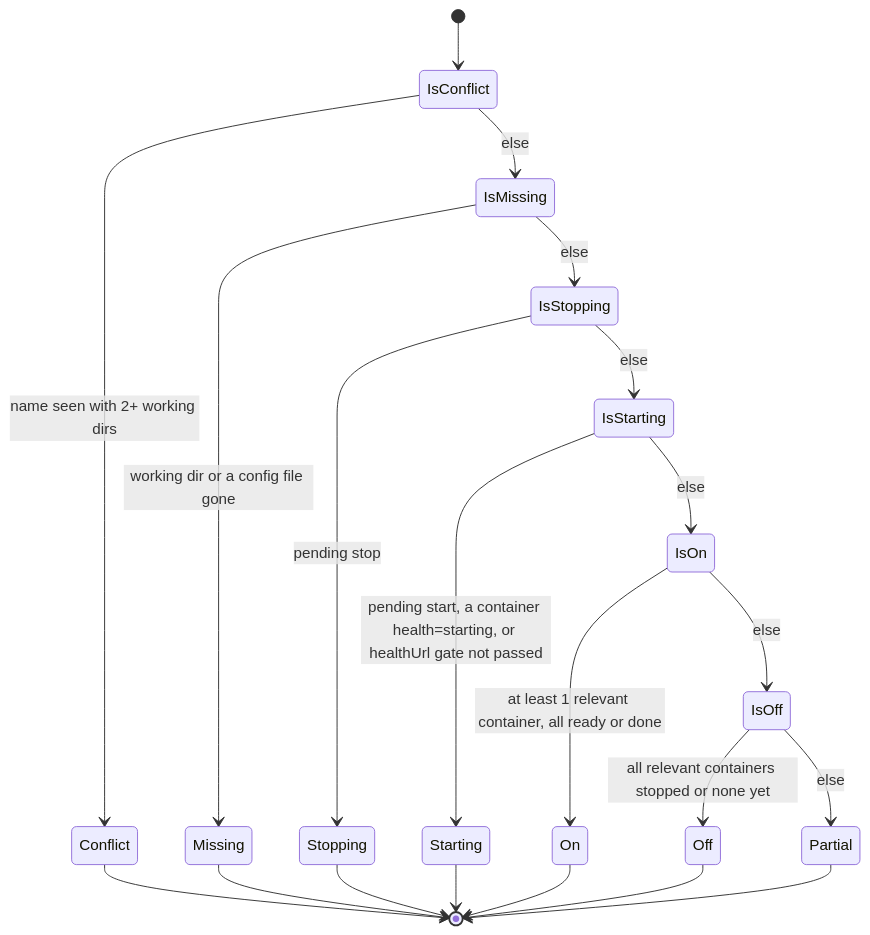
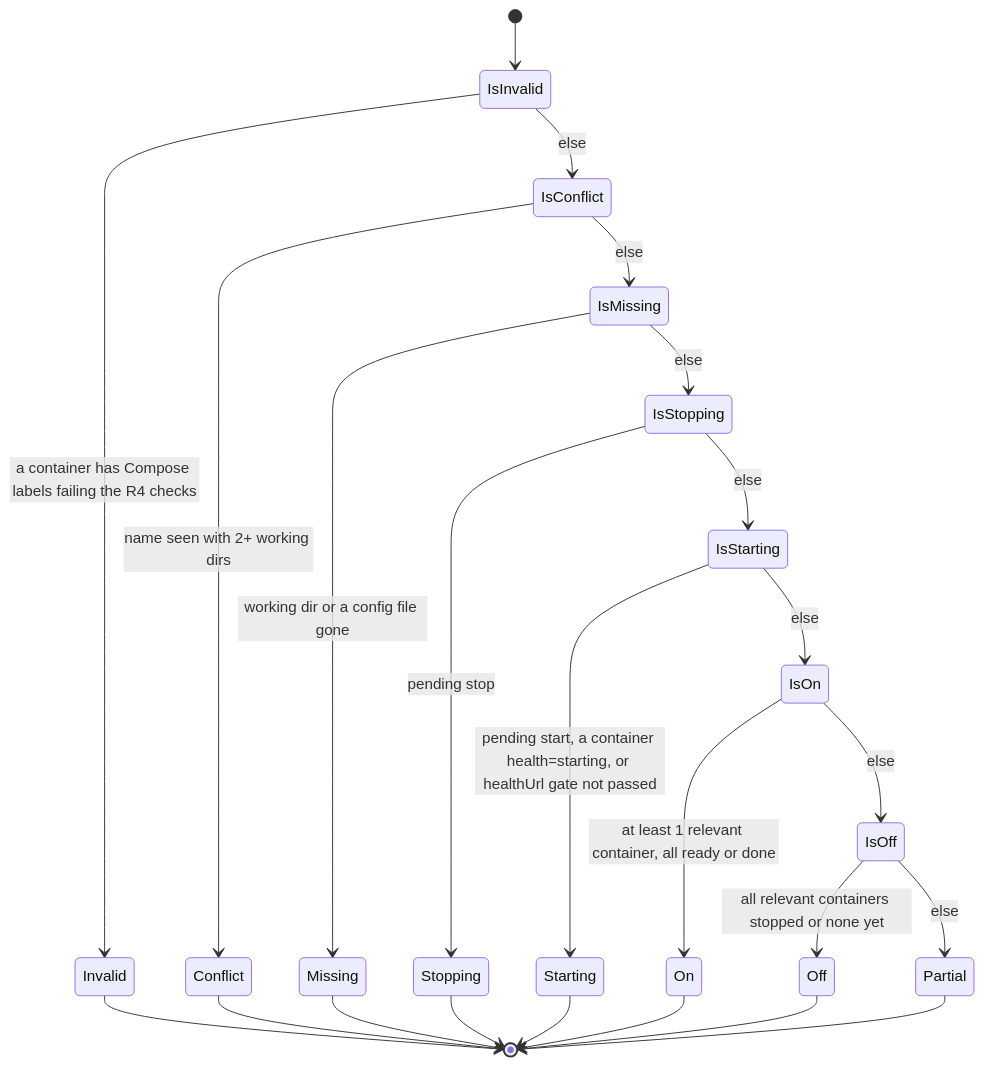
One commit to benoit-bremaud/dock-n-roll changed the diagram in docs/architecture/diagrams/launcher/04-state-service.md. Above: the diagram before and after it, drawn with Mermaid. The commit also changed other lines of this file and 17 other files, not shown here.

First line of the commit message:
feat(domain): flag unsafe Compose labels and use resolved project names

````diff
--- a/docs/architecture/diagrams/launcher/04-state-service.md
+++ b/docs/architecture/diagrams/launcher/04-state-service.md
@@ -17,29 +17,33 @@
 ```mermaid
 stateDiagram-v2
-  [*] --> IsConflict
+  [*] --> IsInvalid
+  state IsInvalid <<choice>>
+  IsInvalid --> Invalid: a container has Compose labels failing the R4 checks
+  IsInvalid --> IsConflict: else
   state IsConflict <<choice>>
   IsConflict --> Conflict: name seen with 2+ working dirs
   IsConflict --> IsMissing: else
   state IsMissing <<choice>>
   IsMissing --> Missing: working dir or a config file gone
   IsMissing --> IsStopping: else
   state IsStopping <<choice>>
   IsStopping --> Stopping: pending stop
   IsStopping --> IsStarting: else
   state IsStarting <<choice>>
   IsStarting --> Starting: pending start, a container health=starting, or healthUrl gate not passed
   IsStarting --> IsOn: else
   state IsOn <<choice>>
   IsOn --> On: at least 1 relevant container, all ready or done
   IsOn --> IsOff: else
   state IsOff <<choice>>
   IsOff --> Off: all relevant containers stopped or none yet
   IsOff --> Partial: else
+  Invalid --> [*]
   Conflict --> [*]
   Missing --> [*]
   Stopping --> [*]
   Starting --> [*]
   On --> [*]
   Off --> [*]
   Partial --> [*]
 ```
````
